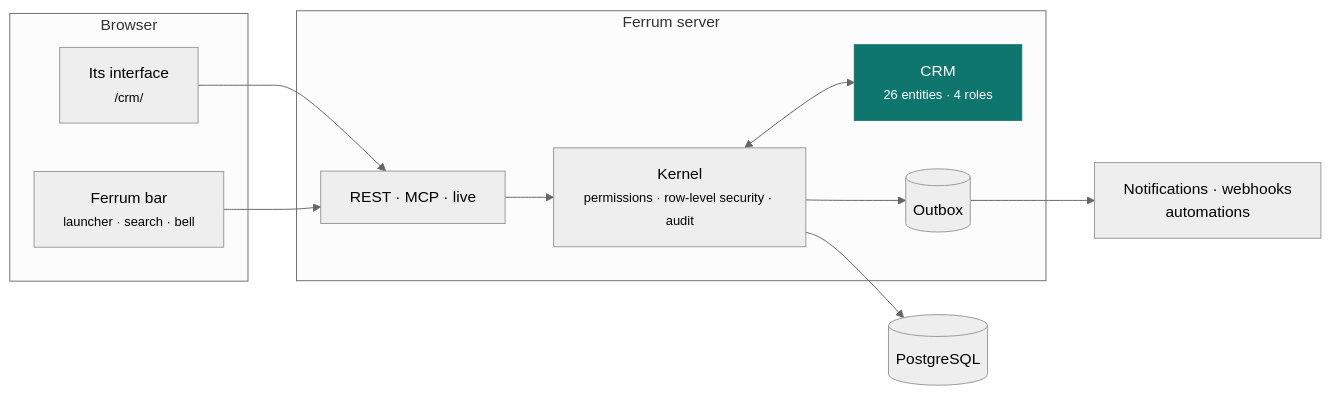
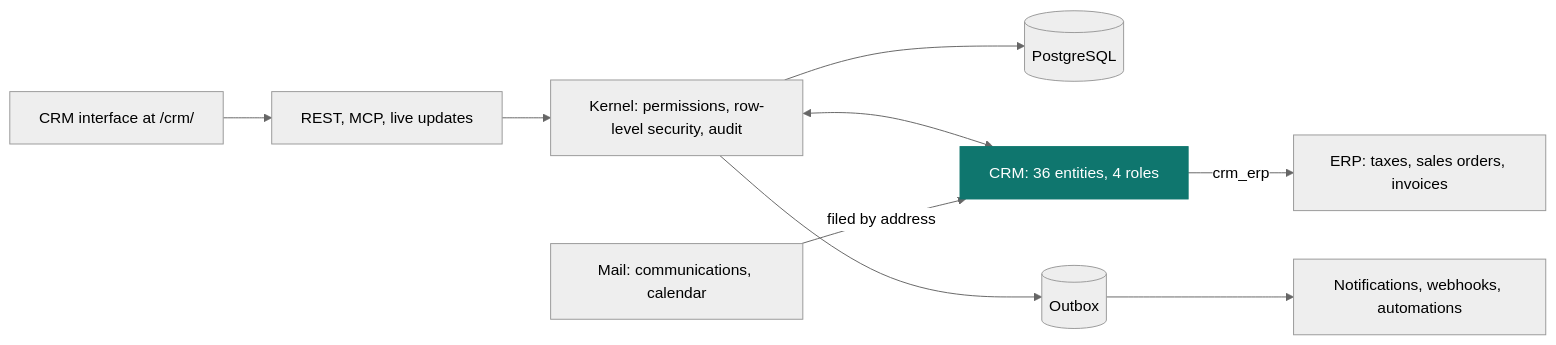
The second of 2 diagrams in README.md (CBFerrum/ferrum-app-crm), drawn with Mermaid (neutral theme) before and after one commit. The commit also changed other lines of this file and 28 other files, not shown here.

First line of the commit message:
docs: end-to-end README with screenshots, features, comparison and roadmap

````diff
--- a/README.md
+++ b/README.md
@@ -133,21 +265,13 @@
 ```mermaid
 flowchart LR
-    subgraph Browser
-        UI["Its interface<br/><small>/crm/</small>"]
-        BAR["Ferrum bar<br/><small>launcher · search · bell</small>"]
-    end
-    subgraph Server["Ferrum server"]
-        API["REST · MCP · live"]
-        K["Kernel<br/><small>permissions · row-level security · audit</small>"]
-        APP["CRM<br/><small>26 entities · 4 roles</small>"]
-        OB[("Outbox")]
-    end
-    DB[("PostgreSQL")]
-    UI --> API --> K --> DB
-    BAR --> API
-    K <--> APP
-    K --> OB --> EV["Notifications · webhooks<br/>automations"]
-
+    UI["CRM interface at /crm/"] --> API["REST, MCP, live updates"]
+    API --> K["Kernel: permissions, row-level security, audit"]
+    K --> DB[("PostgreSQL")]
+    K <--> APP["CRM: 36 entities, 4 roles"]
+    K --> OB[("Outbox")]
+    OB --> EV["Notifications, webhooks, automations"]
+    MAIL["Mail: communications, calendar"] -->|"filed by address"| APP
+    APP -->|"crm_erp"| ERP["ERP: taxes, sales orders, invoices"]
     classDef app fill:#0f766e,color:#fff,stroke:#0f766e
     class APP app
 ```
````
